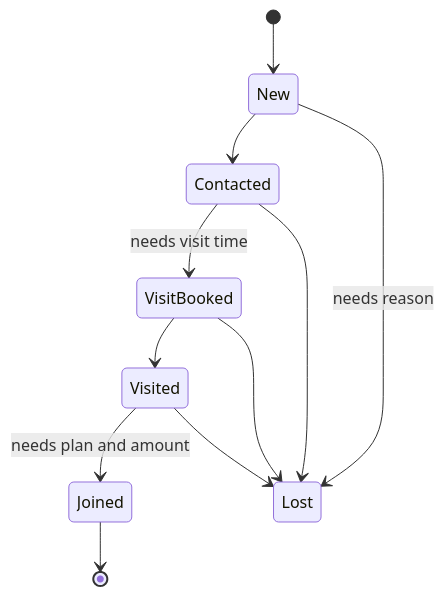
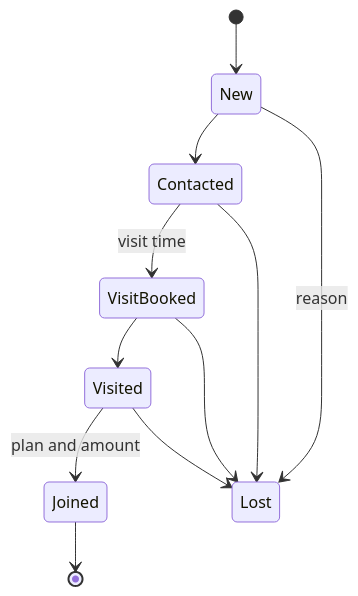
The tenth of 15 diagrams in docs/SYSTEM_MAP.md (kaamilstudiesig/GKF-WA), drawn with Mermaid before and after one commit. The commit also changed other lines of this file, not shown here.

````diff
--- a/docs/SYSTEM_MAP.md
+++ b/docs/SYSTEM_MAP.md
@@ -224,13 +325,13 @@
 ```mermaid
 stateDiagram-v2
   [*] --> New
   New --> Contacted
-  Contacted --> VisitBooked: needs visit time
+  Contacted --> VisitBooked: visit time
   VisitBooked --> Visited
-  Visited --> Joined: needs plan and amount
-  New --> Lost: needs reason
+  Visited --> Joined: plan and amount
+  New --> Lost: reason
   Contacted --> Lost
   VisitBooked --> Lost
   Visited --> Lost
   Joined --> [*]
 ```
````
